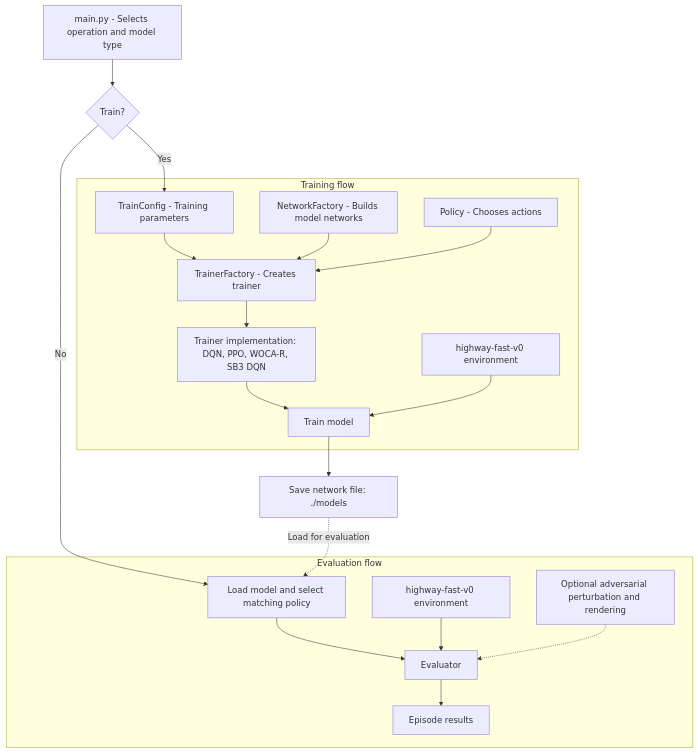
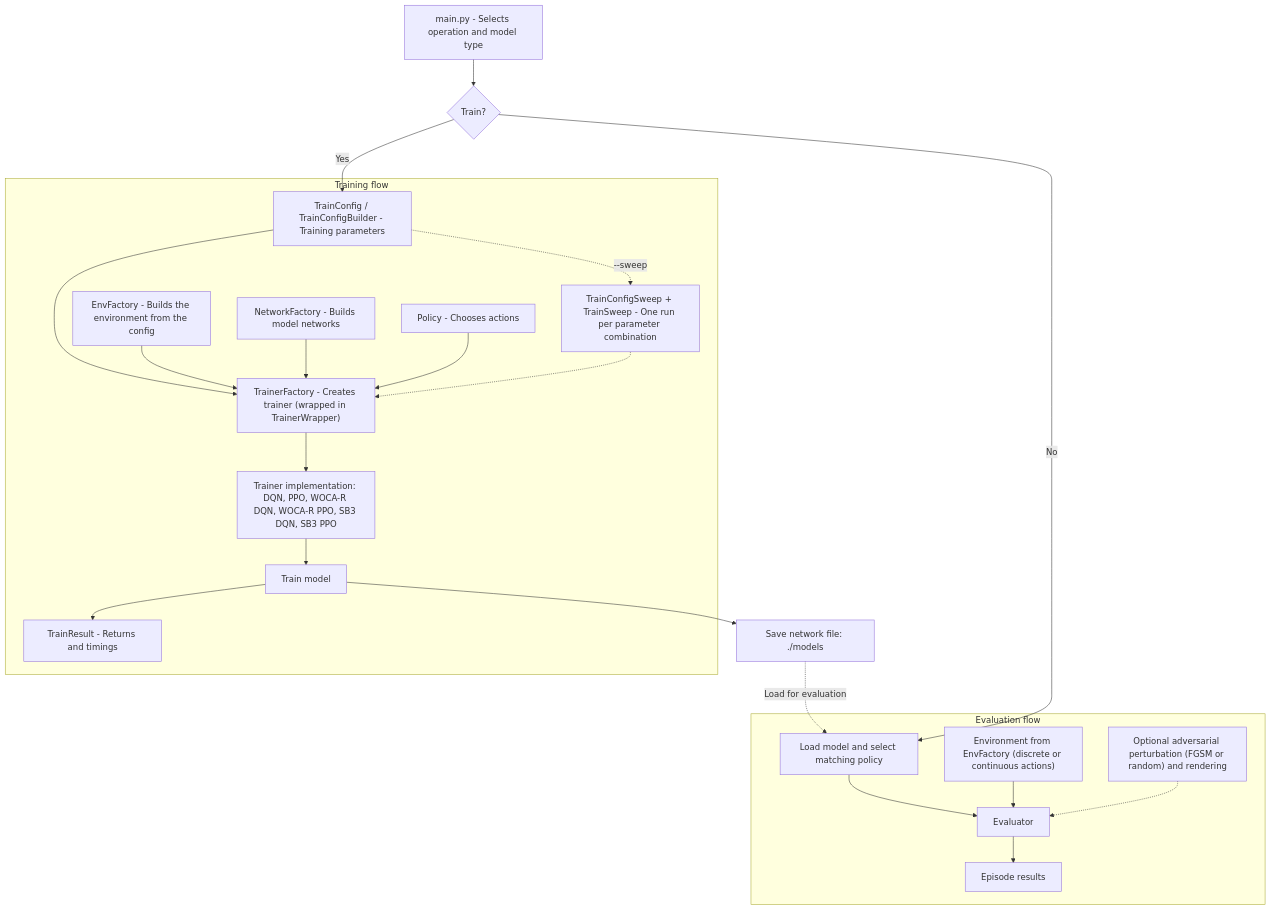
The diagram in README.md (JustAD3v/AutonomousDrivingProject), drawn with Mermaid before and after one commit. The commit also changed other lines of this file, not shown here.

````diff
--- a/README.md
+++ b/README.md
@@ -9,41 +9,45 @@
 ```mermaid
 graph TD
     MAIN["main.py - Selects operation and model type"]
     MODE{"Train?"}
     MAIN --> MODE
 
     subgraph TRAIN["Training flow"]
-        CONFIG["TrainConfig - Training parameters"]
+        CONFIG["TrainConfig / TrainConfigBuilder - Training parameters"]
+        SWEEP["TrainConfigSweep + TrainSweep - One run per parameter combination"]
+        ENVFACTORY["EnvFactory - Builds the environment from the config"]
         NETWORKS["NetworkFactory - Builds model networks"]
         POLICY["Policy - Chooses actions"]
-        FACTORY["TrainerFactory - Creates trainer"]
-        ALGORITHM["Trainer implementation: DQN, PPO, WOCA-R, SB3 DQN"]
-        TRAIN_ENV["highway-fast-v0 environment"]
+        FACTORY["TrainerFactory - Creates trainer (wrapped in TrainerWrapper)"]
+        ALGORITHM["Trainer implementation: DQN, PPO, WOCA-R DQN, WOCA-R PPO, SB3 DQN, SB3 PPO"]
         LEARN["Train model"]
 
         CONFIG --> FACTORY
+        CONFIG -.->|--sweep| SWEEP
+        SWEEP -.-> FACTORY
+        ENVFACTORY --> FACTORY
         NETWORKS --> FACTORY
         POLICY --> FACTORY
         FACTORY --> ALGORITHM
         ALGORITHM --> LEARN
-        TRAIN_ENV --> LEARN
+        LEARN --> TRAINRESULT["TrainResult - Returns and timings"]
     end
 
     subgraph EVALUATE["Evaluation flow"]
         LOAD["Load model and select matching policy"]
         EVALUATOR["Evaluator"]
-        EVAL_ENV["highway-fast-v0 environment"]
-        OPTIONS["Optional adversarial perturbation and rendering"]
+        EVAL_ENV["Environment from EnvFactory (discrete or continuous actions)"]
+        OPTIONS["Optional adversarial perturbation (FGSM or random) and rendering"]
         RESULTS["Episode results"]
 
         LOAD --> EVALUATOR
         EVAL_ENV --> EVALUATOR
         OPTIONS -.-> EVALUATOR
         EVALUATOR --> RESULTS
     end
 
     MODE -->|Yes| CONFIG
     MODE -->|No| LOAD
     LEARN --> SAVE["Save network file: ./models"]
     SAVE -.->|Load for evaluation| LOAD
 ```
````
